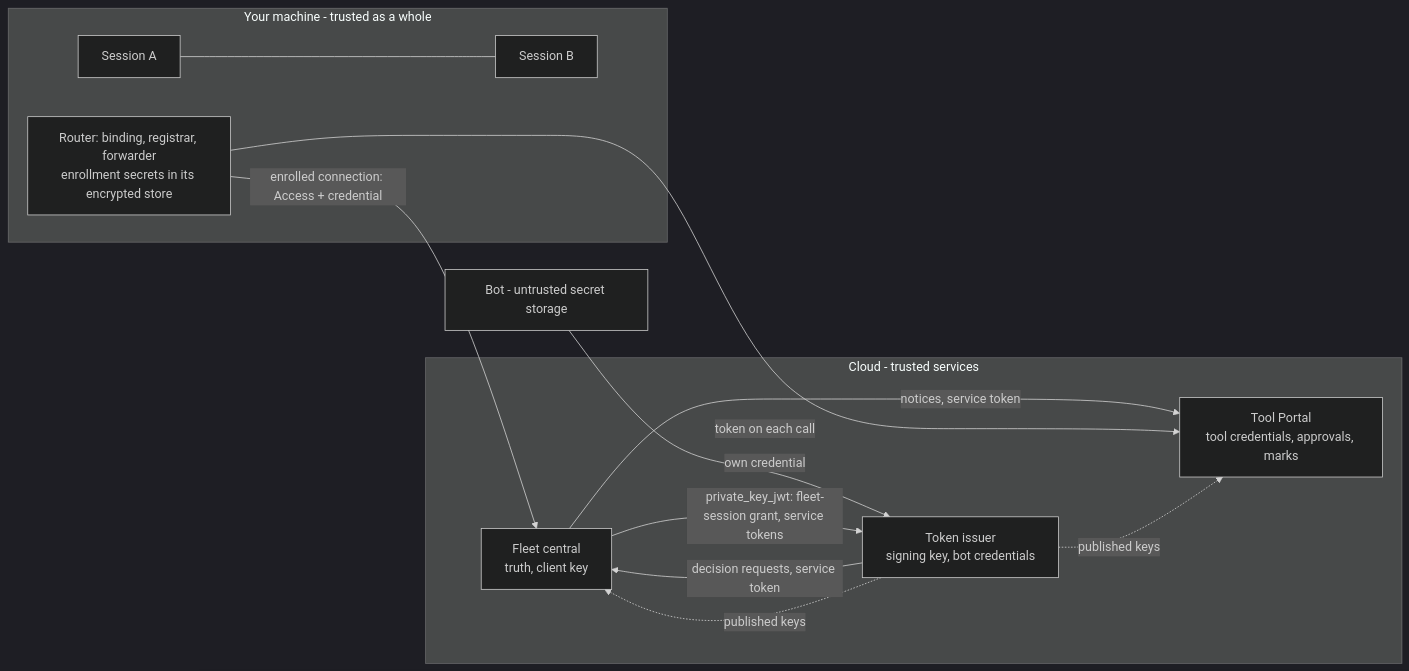
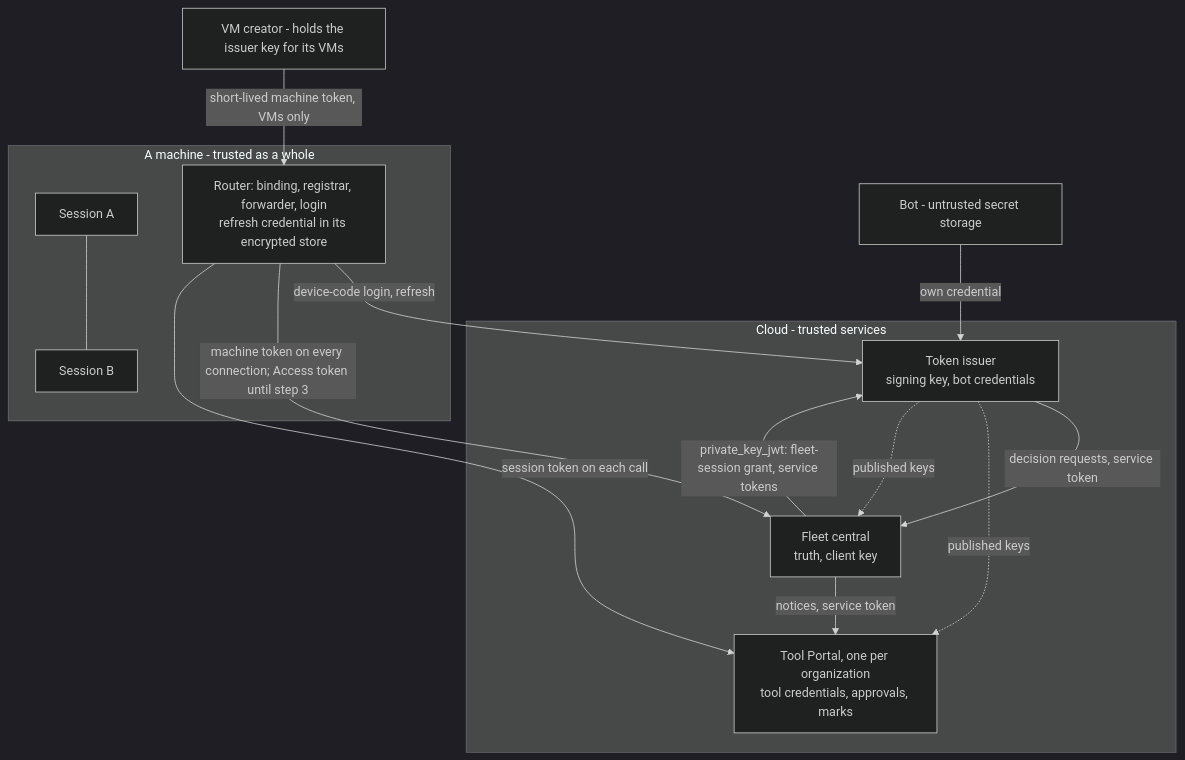
The ninth of 10 diagrams in docs/specs/2026-10-24-agent-identity/program-design.md (ShravanSunder/agent-vm), drawn with Mermaid (dark theme) before and after one commit. The commit also changed other lines of this file and 2 other files, not shown here.

````diff
--- a/docs/specs/2026-10-24-agent-identity/program-design.md
+++ b/docs/specs/2026-10-24-agent-identity/program-design.md
@@ -757,20 +960,26 @@
 ```mermaid
-flowchart LR
-  subgraph M[Your machine - trusted as a whole]
-    H1[Session A] --- H2[Session B]
-    RT[Router: binding, registrar, forwarder<br/>enrollment secrets in its encrypted store]
+flowchart TB
+  subgraph M[A machine - trusted as a whole]
+    H1[Session A]
+    H2[Session B]
+    RT[Router: binding, registrar, forwarder, login<br/>refresh credential in its encrypted store]
   end
+  VC[VM creator - holds the issuer key for its VMs]
   subgraph CL[Cloud - trusted services]
     C[Fleet central<br/>truth, client key]
     I[Token issuer<br/>signing key, bot credentials]
-    T[Tool Portal<br/>tool credentials, approvals, marks]
+    T[Tool Portal, one per organization<br/>tool credentials, approvals, marks]
   end
-  BOT[Bot - untrusted secret storage] -->|own credential| I
-  RT -->|enrolled connection: Access + credential| C
+  BOT[Bot - untrusted secret storage]
+  H1 --- H2
+  BOT -->|own credential| I
+  VC -->|short-lived machine token, VMs only| RT
+  RT -->|device-code login, refresh| I
+  RT -->|machine token on every connection; Access token until step 3| C
   C -->|private_key_jwt: fleet-session grant, service tokens| I
   C -->|notices, service token| T
   I -->|decision requests, service token| C
-  RT -->|token on each call| T
+  RT -->|session token on each call| T
   I -.->|published keys| T
   I -.->|published keys| C
 ```
````
